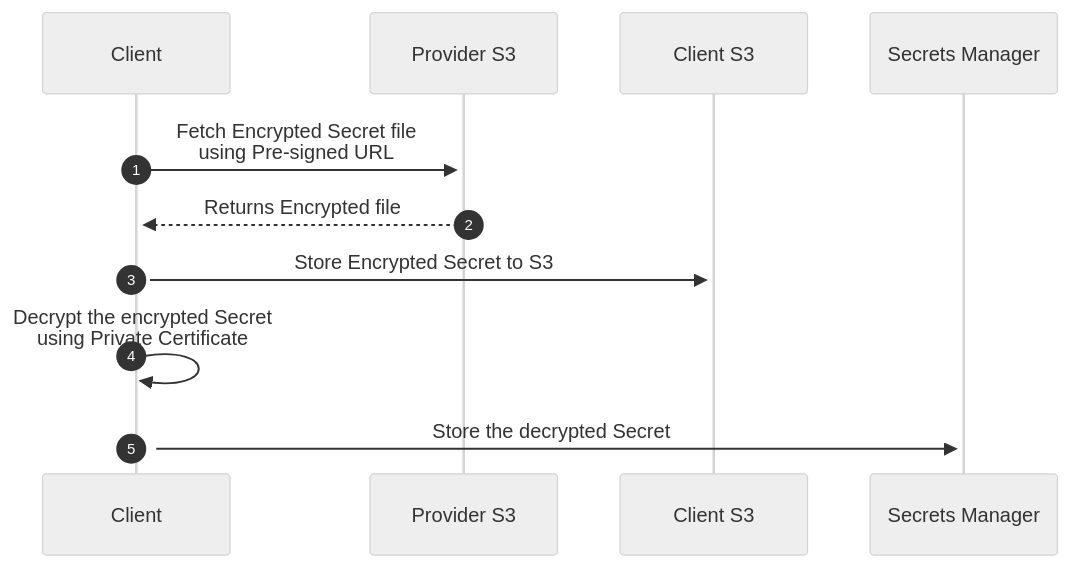
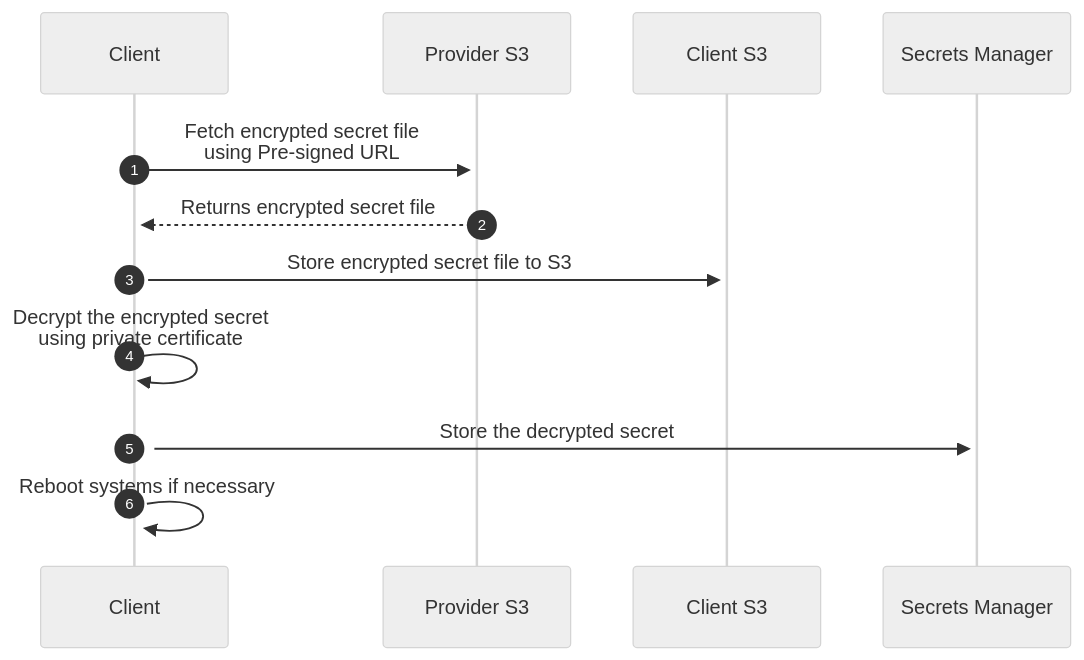
One commit to smislam/securely-share-secrets changed the second of 2 diagrams in README.md. Above: the diagram before and after it, drawn with Mermaid (neutral theme). The commit also changed other lines of this file, not shown here.

````diff
--- a/README.md
+++ b/README.md
@@ -40,9 +40,10 @@
 ```mermaid
 sequenceDiagram
 autonumber
-    Client->>+Provider S3: Fetch Encrypted Secret file<br/> using Pre-signed URL
-    Provider S3-->>+Client: Returns Encrypted file
-    Client->>+Client S3: Store Encrypted Secret to S3
-    Client->>+Client: Decrypt the encrypted Secret<br/> using Private Certificate
-    Client->>+Secrets Manager: Store the decrypted Secret    
+    Client->>+Provider S3: Fetch encrypted secret file<br/> using Pre-signed URL
+    Provider S3-->>+Client: Returns encrypted secret file
+    Client->>+Client S3: Store encrypted secret file to S3
+    Client->>+Client: Decrypt the encrypted secret<br/> using private certificate
+    Client->>+Secrets Manager: Store the decrypted secret
+    Client->>+Client: Reboot systems if necessary
 ```
````
